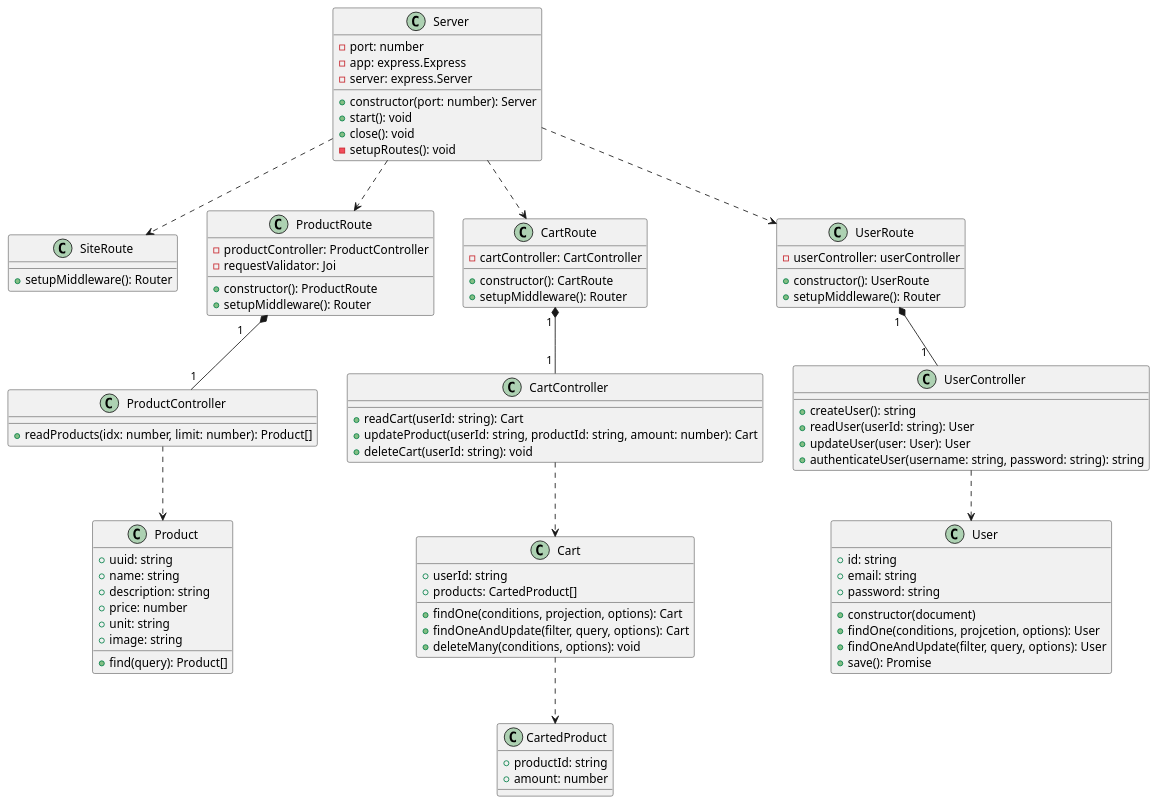
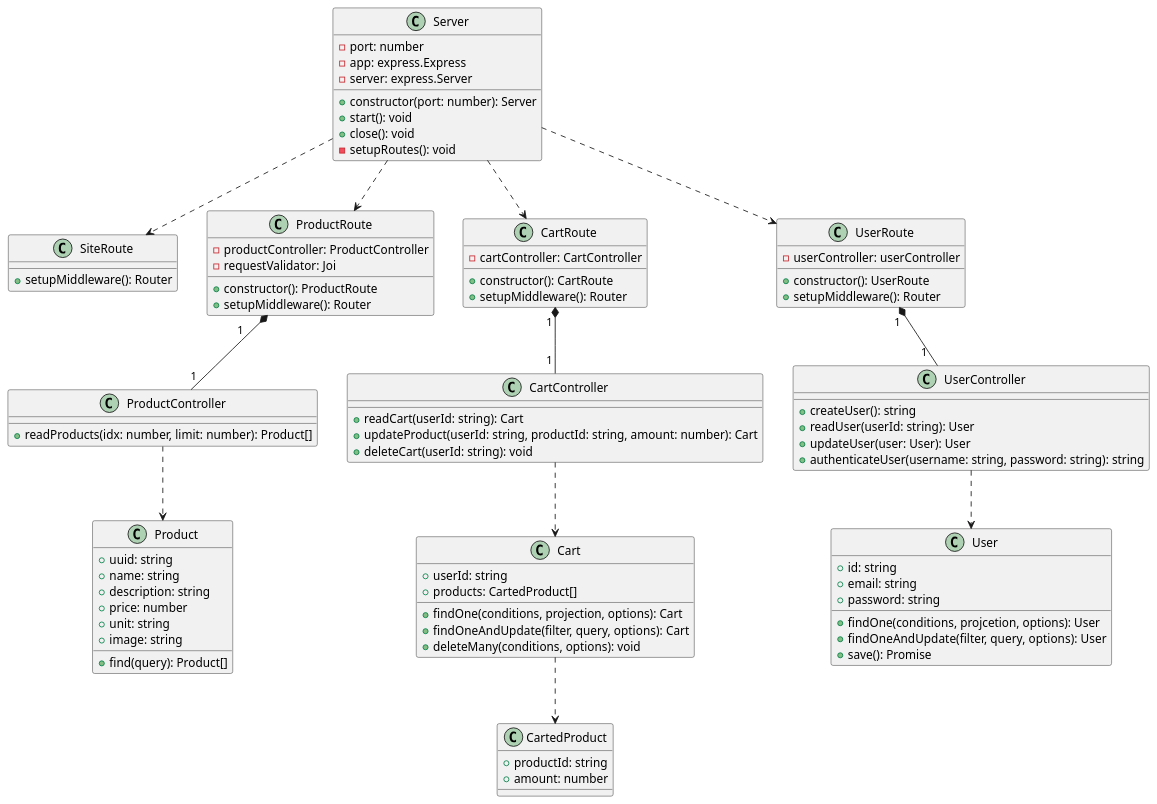
Before and after one commit to sofush/grontsag: the diagram in diagram/class-diagram.puml, drawn with PlantUML. The commit also changed 1 other file, not shown here.

Commit message:
docs: update diagrams

```diff
--- a/diagram/class-diagram.puml
+++ b/diagram/class-diagram.puml
@@ -1,101 +1,100 @@
 @startuml class diagram
 scale 1920*1080
 
 ' Classes
 class Server {
   - port: number
   - app: express.Express
   - server: express.Server
   + constructor(port: number): Server
   + start(): void
   + close(): void
   - setupRoutes(): void
 }
 class SiteRoute {
   + setupMiddleware(): Router
 }
 
 ' Classes - Product
 class ProductRoute {
   - productController: ProductController
   - requestValidator: Joi
   + constructor(): ProductRoute
   + setupMiddleware(): Router
 }
 class ProductController {
   + readProducts(idx: number, limit: number): Product[]
 }
 class Product {
   + uuid: string
   + name: string
   + description: string
   + price: number
   + unit: string
   + image: string
   + find(query): Product[]
 }
 
 ' Classes - Cart
 class CartRoute {
   - cartController: CartController
   + constructor(): CartRoute
   + setupMiddleware(): Router
 }
 class CartController {
   + readCart(userId: string): Cart
   + updateProduct(userId: string, productId: string, amount: number): Cart
   + deleteCart(userId: string): void
 }
 class Cart {
   + userId: string
   + products: CartedProduct[]
   + findOne(conditions, projection, options): Cart
   + findOneAndUpdate(filter, query, options): Cart
   + deleteMany(conditions, options): void
 }
 class CartedProduct {
   + productId: string
   + amount: number
 }
 
 ' Classes - User
 class UserRoute {
   - userController: userController
   + constructor(): UserRoute
   + setupMiddleware(): Router
 }
 class UserController {
   + createUser(): string
   + readUser(userId: string): User
   + updateUser(user: User): User
   + authenticateUser(username: string, password: string): string
 }
 class User {
-  + constructor(document)
   + id: string
   + email: string
   + password: string
   + findOne(conditions, projcetion, options): User
   + findOneAndUpdate(filter, query, options): User
   + save(): Promise
 }
 
 ' Relationships from Server to routes
 Server ..> ProductRoute
 Server ..> CartRoute
 Server ..> SiteRoute
 Server ..> UserRoute
 
 ' Relationships from routes to controllers
 ProductRoute "1\t" *-- "1" ProductController
 CartRoute "1 " *-- "1 " CartController
 UserRoute "1 " *-- "1  " UserController
 
 ' Relationships from controllers to models
 ProductController ..> Product
 CartController ..> Cart
 UserController ..> User
 
 ' Relationships between models
 Cart ..> CartedProduct
 @enduml
```
